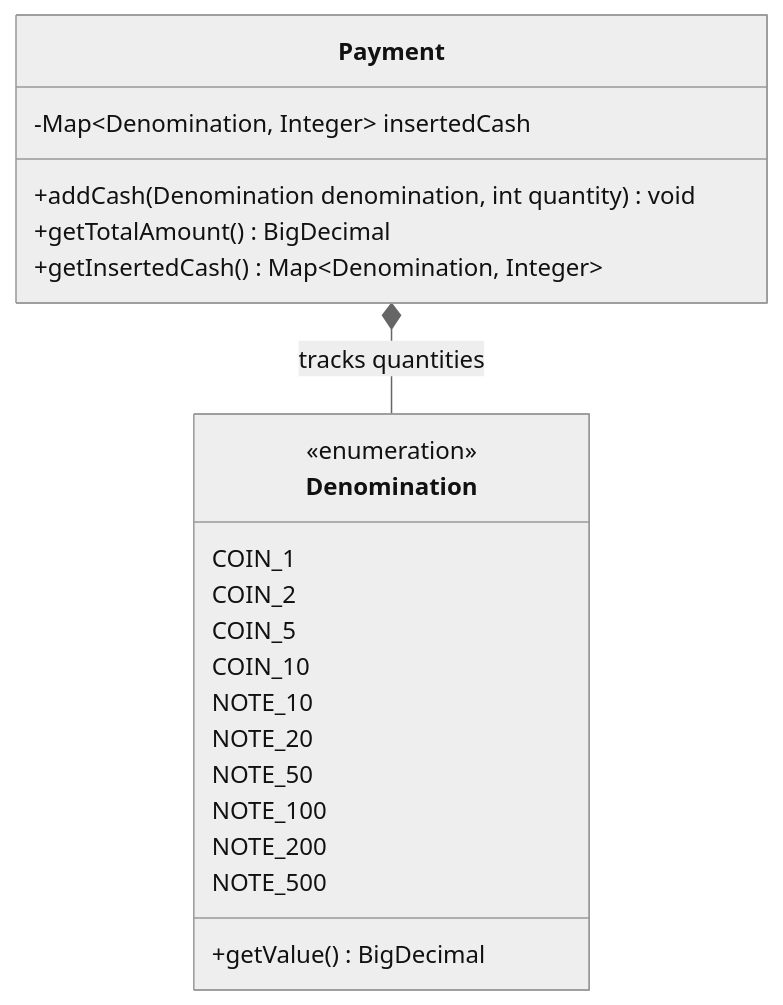
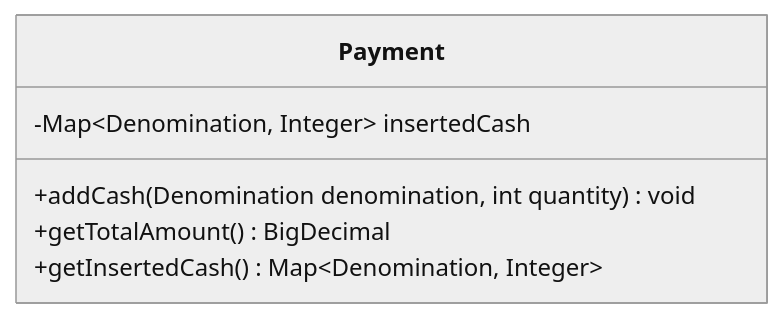
The sixth of 11 diagrams in app/blog/posts/vending-machine-system.mdx (NishchayAnand/relevant-client), drawn with Mermaid (neutral theme) before and after one commit. The commit also changed other lines of this file and 4 other files, not shown here.

````diff
--- a/app/blog/posts/vending-machine-system.mdx
+++ b/app/blog/posts/vending-machine-system.mdx
@@ -120,26 +188,9 @@
 ```mermaid
 classDiagram
     class Payment {
         -Map~Denomination, Integer~ insertedCash
         +addCash(Denomination denomination, int quantity) void
         +getTotalAmount() BigDecimal
         +getInsertedCash() Map~Denomination, Integer~
     }
-
-    class Denomination {
-        <<enumeration>>
-        COIN_1
-        COIN_2
-        COIN_5
-        COIN_10
-        NOTE_10
-        NOTE_20
-        NOTE_50
-        NOTE_100
-        NOTE_200
-        NOTE_500
-        +getValue() BigDecimal
-    }
-
-    Payment *-- Denomination : tracks quantities
 ```
````
